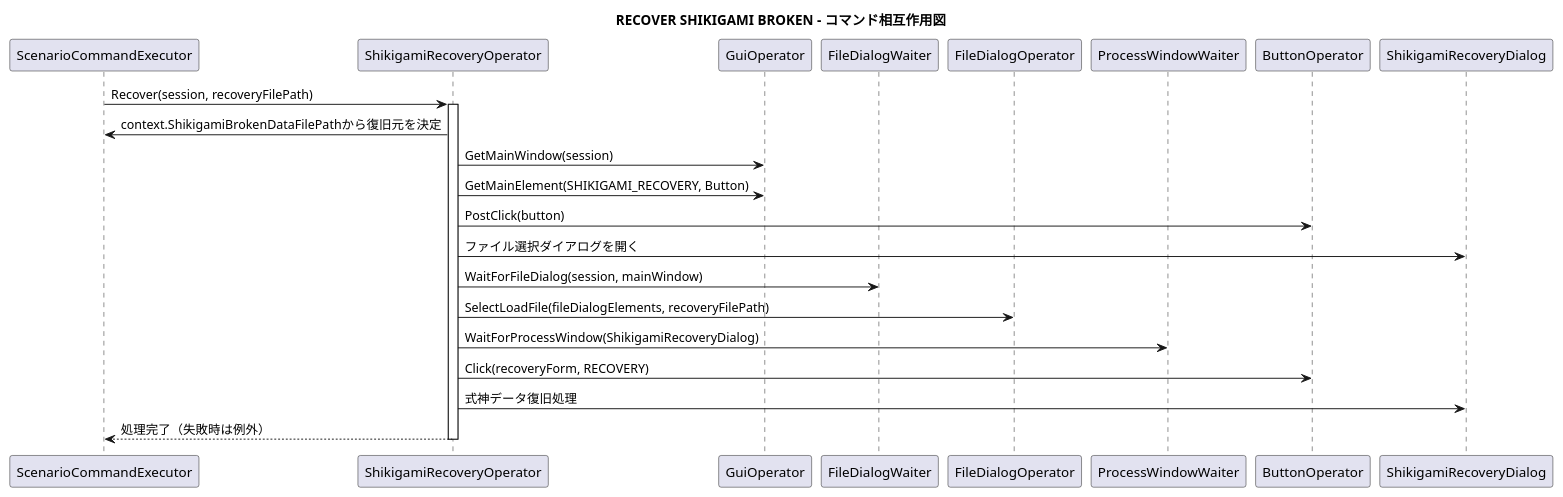
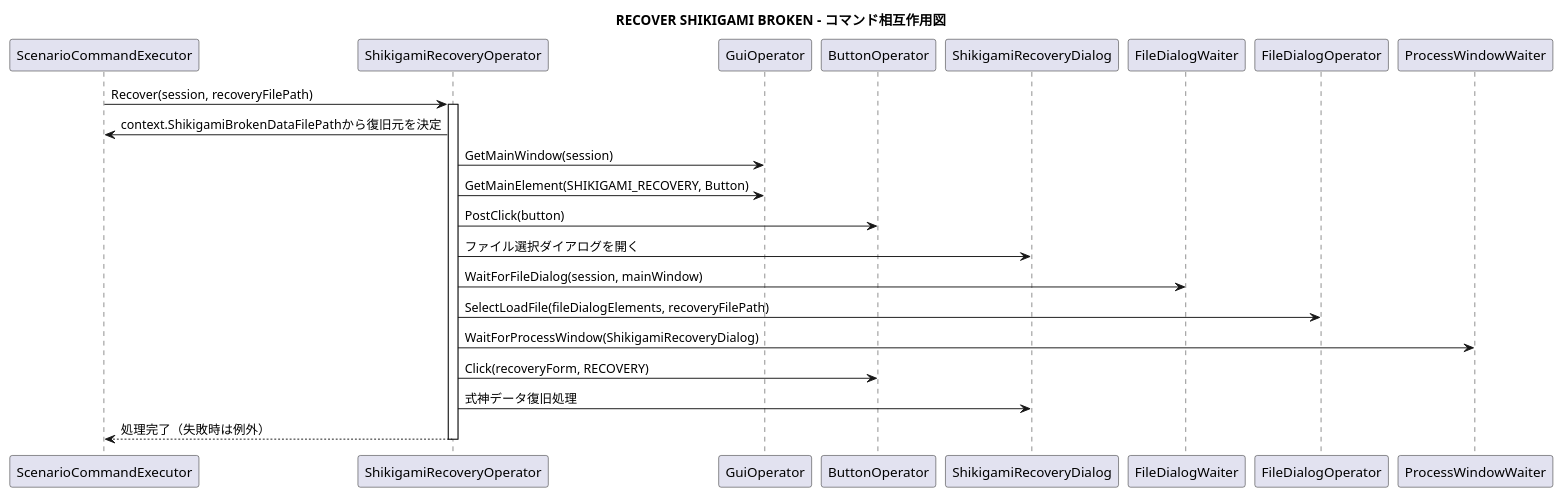
The diagram in Document/ScenarioRunner/Diagram/CommandInteraction/ShikigamiData/RecoverShikigamiBroken.wsd (Staraptor0398/ShikigamiStatusCalculator), drawn with PlantUML before and after one commit. The commit also changed 20 other files, not shown here.

Commit message:
Remove duplicate participants from Scenario Runner interaction diagrams

```diff
--- a/Document/ScenarioRunner/Diagram/CommandInteraction/ShikigamiData/RecoverShikigamiBroken.wsd
+++ b/Document/ScenarioRunner/Diagram/CommandInteraction/ShikigamiData/RecoverShikigamiBroken.wsd
@@ -1,32 +1,29 @@
 @startuml
 title RECOVER SHIKIGAMI BROKEN - コマンド相互作用図
 skinparam responseMessageBelowArrow true
 ' Source: ScenarioRunner.Engine/Execution/ScenarioCommandExecutor.cs
 ' Source: ScenarioRunner.Engine/Automation/Operator/Feature/ShikigamiRecoveryOperator.cs
 participant "ScenarioCommandExecutor" as EX
 participant "ShikigamiRecoveryOperator" as O
 participant "GuiOperator" as GO
-participant "GuiOperator" as GO
 participant "ButtonOperator" as BO
 participant "ShikigamiRecoveryDialog" as GUI
 participant "FileDialogWaiter" as FDW
 participant "FileDialogOperator" as FDO
 participant "ProcessWindowWaiter" as PW
-participant "ButtonOperator" as BO
-participant "ShikigamiRecoveryDialog" as GUI
 
 EX -> O : Recover(session, recoveryFilePath)
 activate O
 O -> EX : context.ShikigamiBrokenDataFilePathから復旧元を決定
 O -> GO : GetMainWindow(session)
 O -> GO : GetMainElement(SHIKIGAMI_RECOVERY, Button)
 O -> BO : PostClick(button)
 O -> GUI : ファイル選択ダイアログを開く
 O -> FDW : WaitForFileDialog(session, mainWindow)
 O -> FDO : SelectLoadFile(fileDialogElements, recoveryFilePath)
 O -> PW : WaitForProcessWindow(ShikigamiRecoveryDialog)
 O -> BO : Click(recoveryForm, RECOVERY)
 O -> GUI : 式神データ復旧処理
 O --> EX : 処理完了（失敗時は例外）
 deactivate O
 @enduml
```
